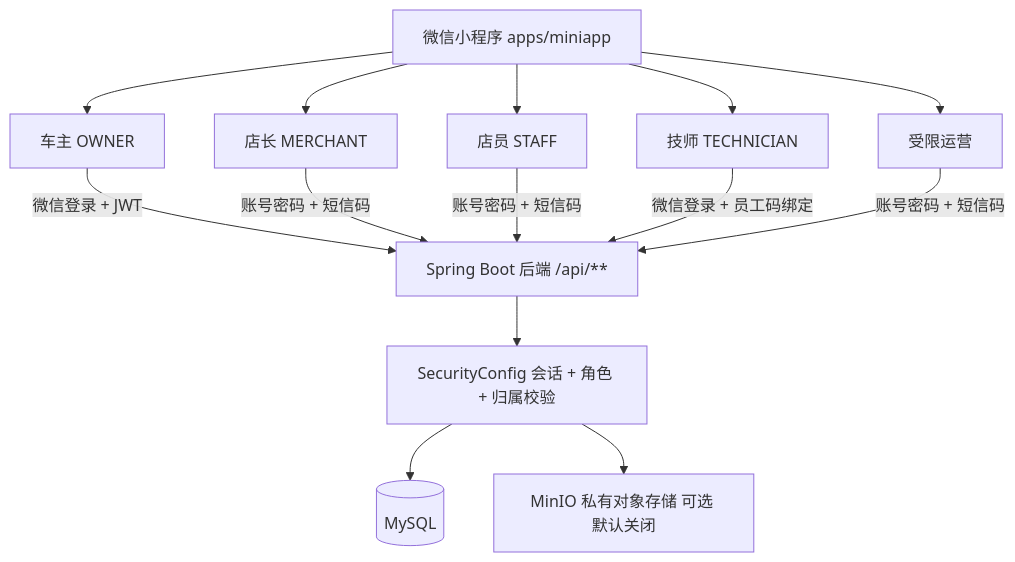
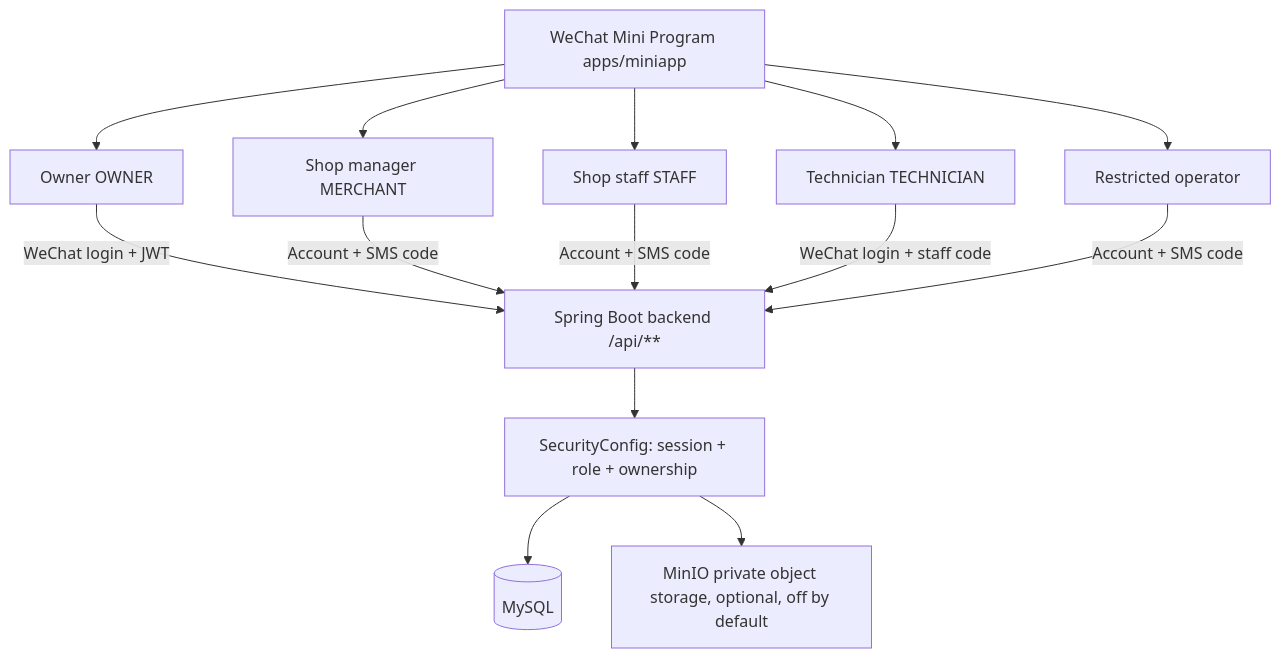
One commit to Vehicle-Health-Manager-Platform/Vehicle-Health-Manager-Platform changed the first of 5 diagrams in README.md. Above: the diagram before and after it, drawn with Mermaid. The commit also changed other lines of this file and 1 other file, not shown here.

````diff
--- a/README.md
+++ b/README.md
@@ -127,18 +157,18 @@
 ```mermaid
 flowchart TD
-    WX["微信小程序 apps/miniapp"] --> OWNER["车主 OWNER"]
-    WX --> MERCHANT["店长 MERCHANT"]
-    WX --> STAFF["店员 STAFF"]
-    WX --> TECH["技师 TECHNICIAN"]
-    WX --> OPER["受限运营"]
+    WX["WeChat Mini Program apps/miniapp"] --> OWNER["Owner OWNER"]
+    WX --> MERCHANT["Shop manager MERCHANT"]
+    WX --> STAFF["Shop staff STAFF"]
+    WX --> TECH["Technician TECHNICIAN"]
+    WX --> OPER["Restricted operator"]
 
-    OWNER -->|"微信登录 + JWT"| API["Spring Boot 后端 /api/**"]
-    MERCHANT -->|"账号密码 + 短信码"| API
-    STAFF -->|"账号密码 + 短信码"| API
-    TECH -->|"微信登录 + 员工码绑定"| API
-    OPER -->|"账号密码 + 短信码"| API
+    OWNER -->|"WeChat login + JWT"| API["Spring Boot backend /api/**"]
+    MERCHANT -->|"Account + SMS code"| API
+    STAFF -->|"Account + SMS code"| API
+    TECH -->|"WeChat login + staff code"| API
+    OPER -->|"Account + SMS code"| API
 
-    API --> GUARD["SecurityConfig 会话 + 角色 + 归属校验"]
+    API --> GUARD["SecurityConfig: session + role + ownership"]
     GUARD --> DB[("MySQL")]
-    GUARD --> OBJ["MinIO 私有对象存储 可选 默认关闭"]
+    GUARD --> OBJ["MinIO private object storage, optional, off by default"]
 ```
````
